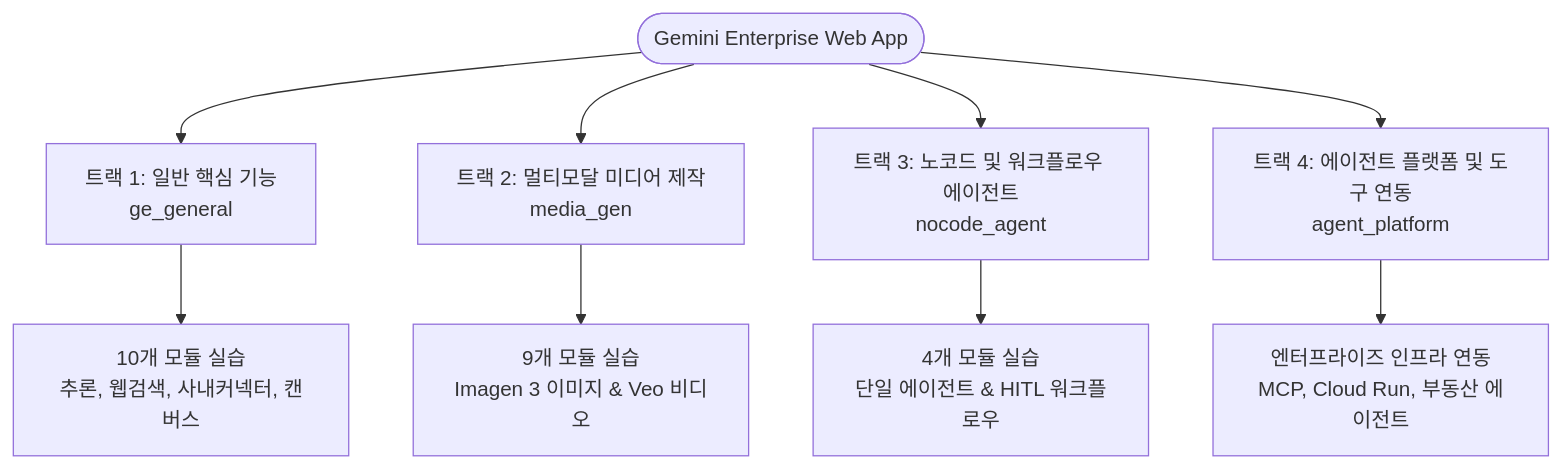
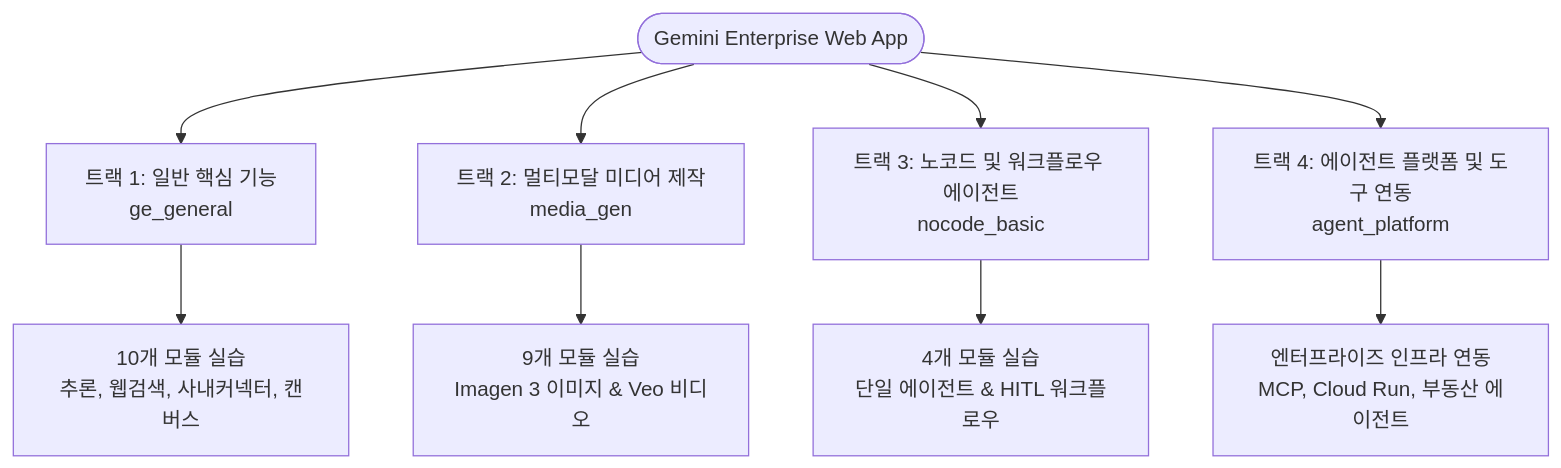
Before and after one commit to shins777/gemini_enterprise_lab: the first of 3 diagrams in ge_lab/README.md, drawn with Mermaid. The commit also changed other lines of this file and 84 other files, not shown here.

Commit message:
docs(ge_lab,skills): update nocode_basic and nocode_advance labs and reconstruction skills

````diff
--- a/ge_lab/README.md
+++ b/ge_lab/README.md
@@ -29,12 +29,12 @@
 ```mermaid
 graph TD
     Root([Gemini Enterprise Web App]) --> T1[트랙 1: 일반 핵심 기능<br>ge_general]
     Root --> T2[트랙 2: 멀티모달 미디어 제작<br>media_gen]
-    Root --> T3[트랙 3: 노코드 및 워크플로우 에이전트<br>nocode_agent]
+    Root --> T3[트랙 3: 노코드 및 워크플로우 에이전트<br>nocode_basic]
     Root --> T4[트랙 4: 에이전트 플랫폼 및 도구 연동<br>agent_platform]
 
     T1 --> R1[10개 모듈 실습<br>추론, 웹검색, 사내커넥터, 캔버스]
     T2 --> R2[9개 모듈 실습<br>Imagen 3 이미지 & Veo 비디오]
     T3 --> R3[4개 모듈 실습<br>단일 에이전트 & HITL 워크플로우]
     T4 --> R4[엔터프라이즈 인프라 연동<br>MCP, Cloud Run, 부동산 에이전트]
 ```
````
